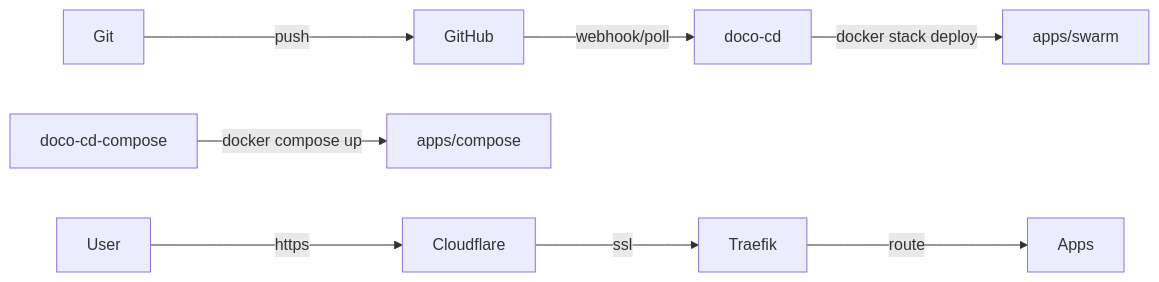
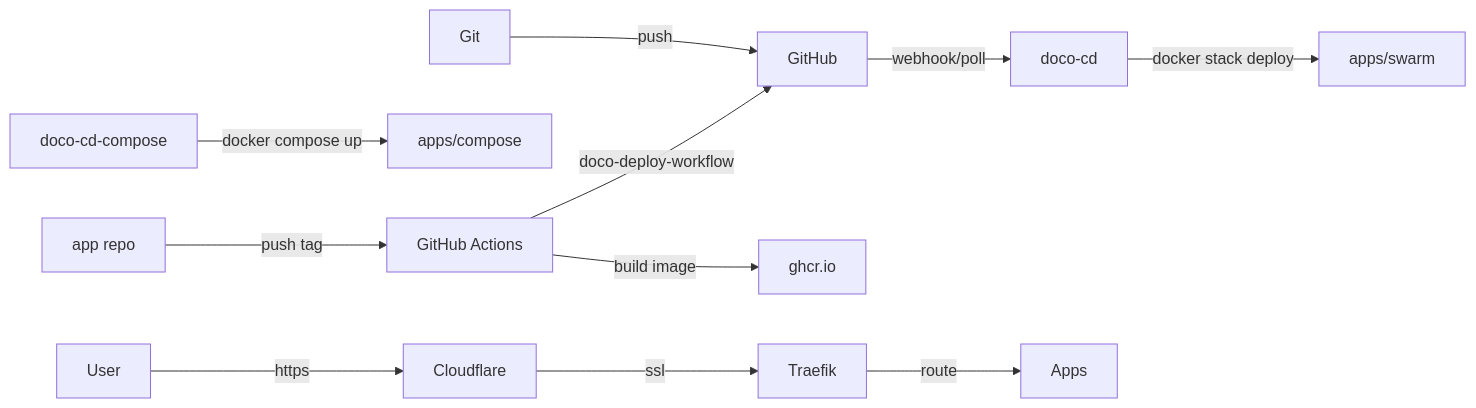
The diagram in README.md (wajeht/home-ops), drawn with Mermaid before and after one commit.

Commit message:
docs: update diagram to include ghcr and github actions

````diff
--- a/README.md
+++ b/README.md
@@ -14,7 +14,9 @@
 ```mermaid
 flowchart LR
     Git -->|push| GitHub -->|webhook/poll| doco-cd
     doco-cd -->|docker stack deploy| Swarm[apps/swarm]
     doco-cd-compose -->|docker compose up| Compose[apps/compose]
+    AppRepo[app repo] -->|push tag| Actions[GitHub Actions] -->|build image| GHCR[ghcr.io]
+    Actions -->|doco-deploy-workflow| GitHub
     User -->|https| Cloudflare -->|ssl| Traefik -->|route| Apps
 ```
````
